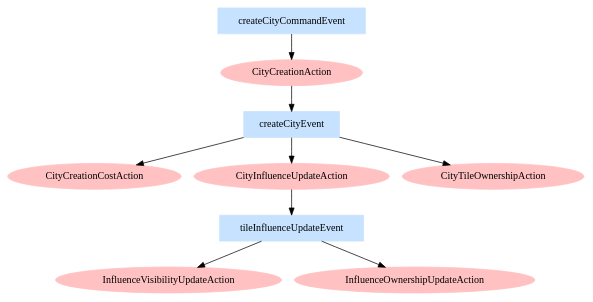
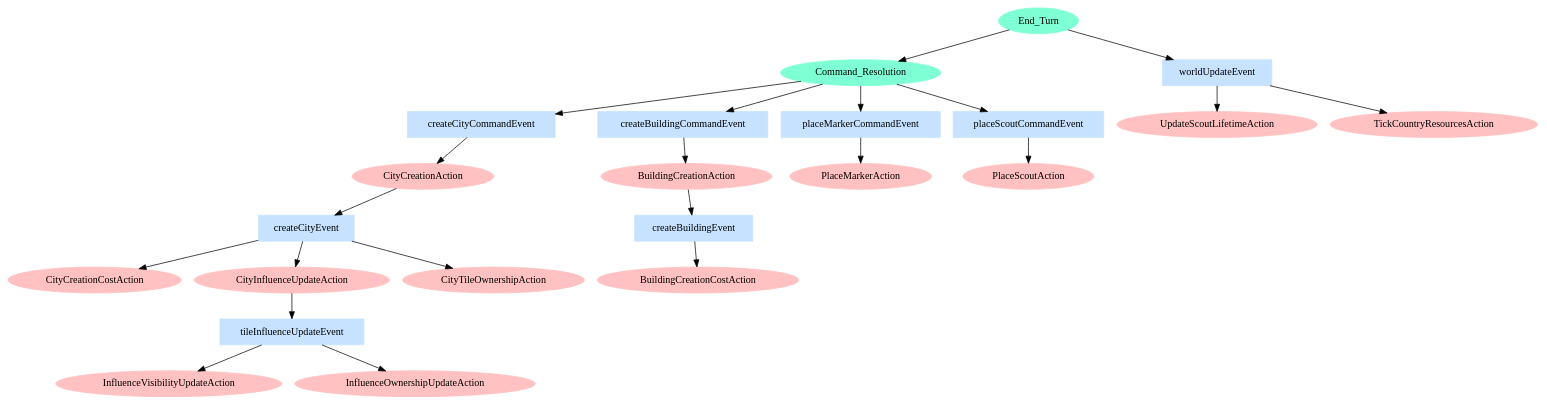
The diagram in strategy-game-backend/src/main/kotlin/de/ruegnerlukas/strategygame/backend/core/actions/events/flow.puml (SMILEY4/strategy-game), drawn with PlantUML before and after one commit. The commit also changed 22 other files, not shown here.

```diff
--- a/strategy-game-backend/src/main/kotlin/de/ruegnerlukas/strategygame/backend/core/actions/events/flow.puml
+++ b/strategy-game-backend/src/main/kotlin/de/ruegnerlukas/strategygame/backend/core/actions/events/flow.puml
@@ -1,29 +1,65 @@
 @startuml
 digraph G {
 
+    End_Turn[style=filled,color=aquamarine];
+    Command_Resolution[style=filled,color=aquamarine];
+
+    worldUpdateEvent[shape=box,style=filled,color=slategray1];
     createCityCommandEvent[shape=box,style=filled,color=slategray1];
     createCityEvent[shape=box,style=filled,color=slategray1];
+    createBuildingCommandEvent[shape=box,style=filled,color=slategray1];
+    createBuildingEvent[shape=box,style=filled,color=slategray1];
     tileInfluenceUpdateEvent[shape=box,style=filled,color=slategray1];
+    placeMarkerCommandEvent[shape=box,style=filled,color=slategray1];
+    placeScoutCommandEvent[shape=box,style=filled,color=slategray1];
 
     CityCreationAction[style=filled,color=rosybrown1];
     CityCreationCostAction[style=filled,color=rosybrown1];
+    BuildingCreationAction[style=filled,color=rosybrown1];
+    BuildingCreationCostAction[style=filled,color=rosybrown1];
     CityInfluenceUpdateAction[style=filled,color=rosybrown1];
     CityTileOwnershipAction[style=filled,color=rosybrown1];
     InfluenceVisibilityUpdateAction[style=filled,color=rosybrown1];
     InfluenceOwnershipUpdateAction[style=filled,color=rosybrown1];
+    PlaceMarkerAction[style=filled,color=rosybrown1];
+    PlaceScoutAction[style=filled,color=rosybrown1];
+    UpdateScoutLifetimeAction[style=filled,color=rosybrown1];
+    TickCountryResourcesAction[style=filled,color=rosybrown1];
+
+    End_Turn -> Command_Resolution;
+
+    Command_Resolution -> createCityCommandEvent;
+    Command_Resolution -> createBuildingCommandEvent;
+    Command_Resolution -> placeMarkerCommandEvent;
+    Command_Resolution -> placeScoutCommandEvent;
 
     createCityCommandEvent -> CityCreationAction;
 
     CityCreationAction -> createCityEvent;
 
     createCityEvent -> CityCreationCostAction;
     createCityEvent -> CityInfluenceUpdateAction;
     createCityEvent -> CityTileOwnershipAction;
 
     CityInfluenceUpdateAction -> tileInfluenceUpdateEvent;
 
     tileInfluenceUpdateEvent -> InfluenceVisibilityUpdateAction;
     tileInfluenceUpdateEvent -> InfluenceOwnershipUpdateAction;
+
+    createBuildingCommandEvent -> BuildingCreationAction;
+
+    BuildingCreationAction -> createBuildingEvent;
+
+    createBuildingEvent -> BuildingCreationCostAction;
+
+    placeMarkerCommandEvent -> PlaceMarkerAction;
+
+    placeScoutCommandEvent -> PlaceScoutAction;
+
+    End_Turn -> worldUpdateEvent;
+
+    worldUpdateEvent -> UpdateScoutLifetimeAction;
+    worldUpdateEvent -> TickCountryResourcesAction;
 }
 
 @enduml
```
